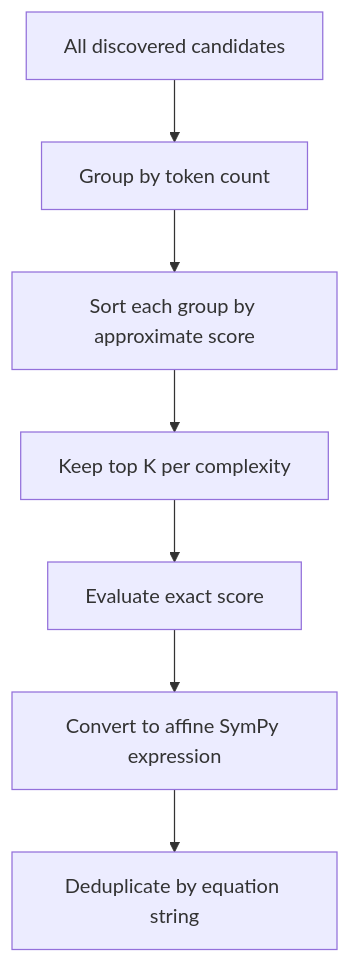
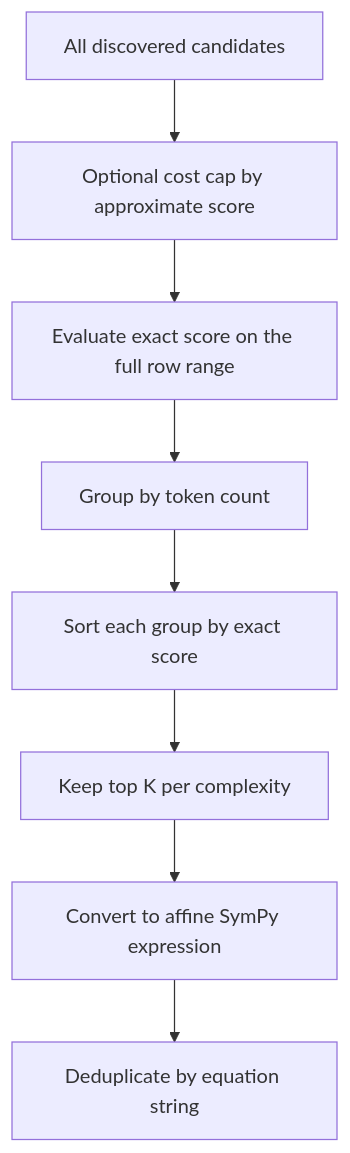
The seventh of 11 diagrams in docs/methodology.md (kpapmath/nsr-engine), drawn with Mermaid before and after one commit. The commit also changed other lines of this file and 6 other files, not shown here.

````diff
--- a/docs/methodology.md
+++ b/docs/methodology.md
@@ -308,9 +308,10 @@
 ```mermaid
 flowchart TD
-    A[All discovered candidates] --> B[Group by token count]
-    B --> C[Sort each group by approximate score]
-    C --> D[Keep top K per complexity]
-    D --> E[Evaluate exact score]
-    E --> F[Convert to affine SymPy expression]
-    F --> G[Deduplicate by equation string]
+    A[All discovered candidates] --> B[Optional cost cap by approximate score]
+    B --> C[Evaluate exact score on the full row range]
+    C --> D[Group by token count]
+    D --> E[Sort each group by exact score]
+    E --> F[Keep top K per complexity]
+    F --> G[Convert to affine SymPy expression]
+    G --> H[Deduplicate by equation string]
 ```
````
